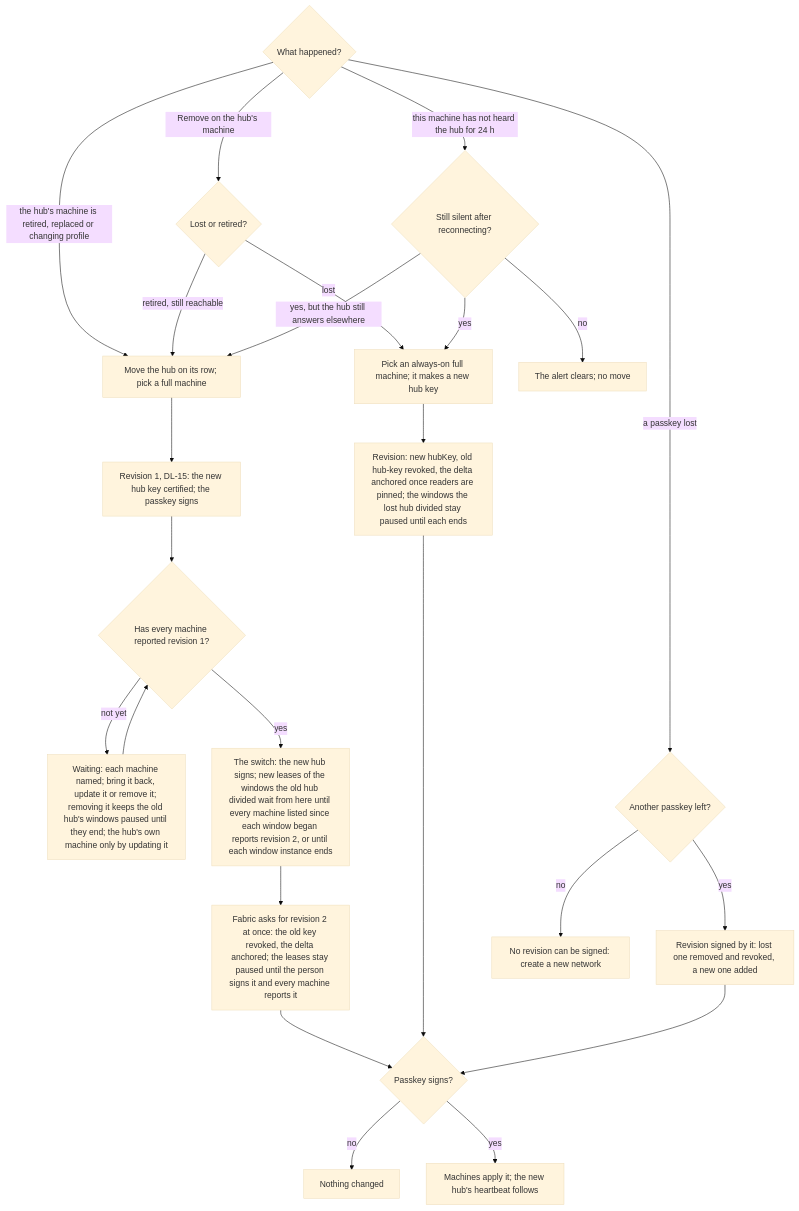
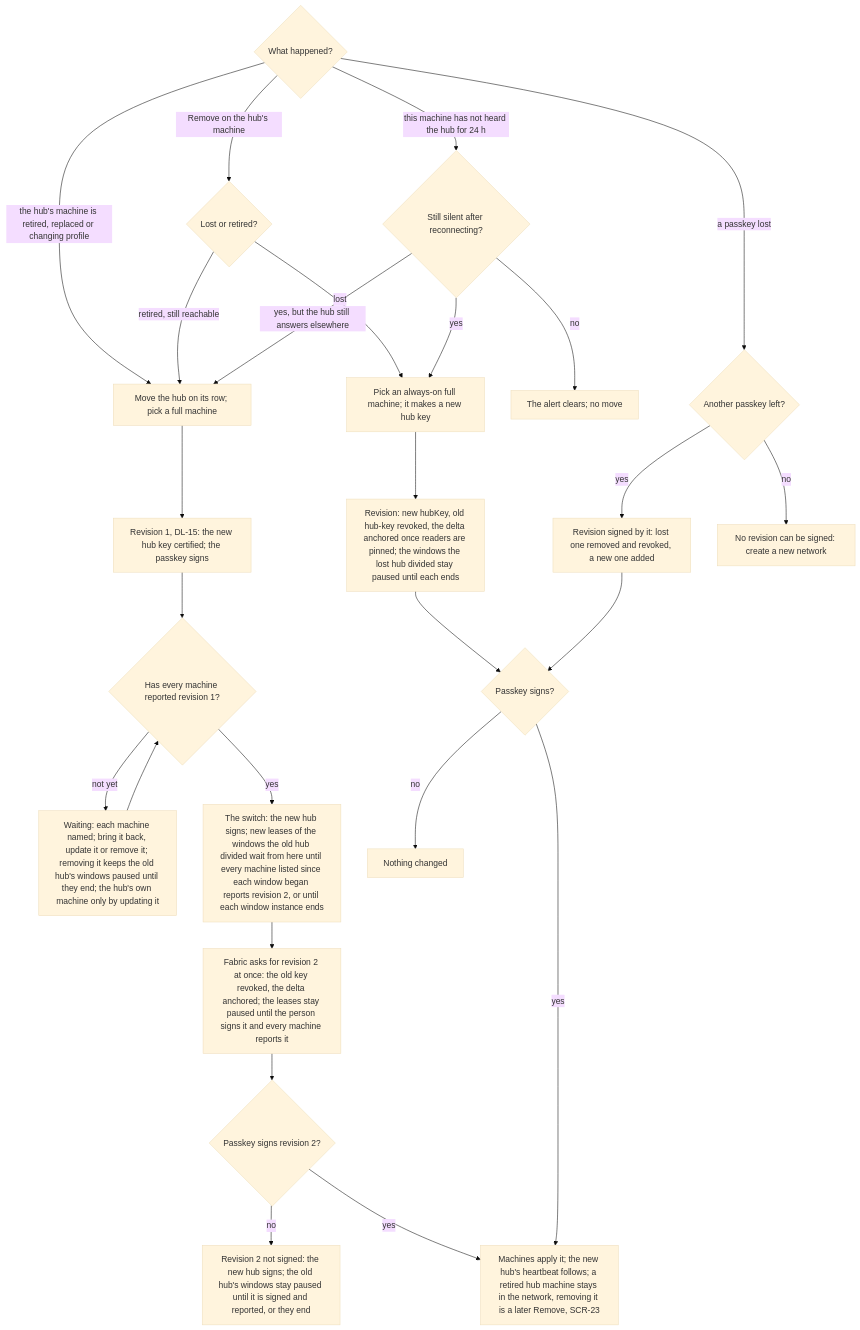
Diagram 27 of 34 in docs/ux/flows.md (passioncode-ai/fabric-agent-contract), drawn with Mermaid (base theme) before and after one commit. The commit also changed other lines of this file and 6 other files, not shown here.

````diff
--- a/docs/ux/flows.md
+++ b/docs/ux/flows.md
@@ -662,26 +662,28 @@
 ```mermaid
 flowchart TD
   A{What happened?} -->|the hub's machine is retired, replaced or changing profile| L[Move the hub on its row; pick a full machine]
   A -->|Remove on the hub's machine| K{Lost or retired?}
   K -->|retired, still reachable| L
   K -->|lost| M
   L --> T1[Revision 1, DL-15: the new hub key certified; the passkey signs]
   T1 --> W{Has every machine reported revision 1?}
   W -->|not yet| V[Waiting: each machine named; bring it back, update it or remove it; removing it keeps the old hub's windows paused until they end; the hub's own machine only by updating it]
   V --> W
   W -->|yes| T[The switch: the new hub signs; new leases of the windows the old hub divided wait from here until every machine listed since each window began reports revision 2, or until each window instance ends]
   T --> T2[Fabric asks for revision 2 at once: the old key revoked, the delta anchored; the leases stay paused until the person signs it and every machine reports it]
-  T2 --> S
+  T2 --> S2{Passkey signs revision 2?}
+  S2 -->|no| X2[Revision 2 not signed: the new hub signs; the old hub's windows stay paused until it is signed and reported, or they end]
+  S2 -->|yes| D
   A -->|this machine has not heard the hub for 24 h| C{Still silent after reconnecting?}
   C -->|no| Z[The alert clears; no move]
   C -->|yes, but the hub still answers elsewhere| L
   C -->|yes| M[Pick an always-on full machine; it makes a new hub key]
   M --> R[Revision: new hubKey, old hub-key revoked, the delta anchored once readers are pinned; the windows the lost hub divided stay paused until each ends]
   A -->|a passkey lost| P{Another passkey left?}
   P -->|yes| Q[Revision signed by it: lost one removed and revoked, a new one added]
   P -->|no| N[No revision can be signed: create a new network]
   R --> S{Passkey signs?}
   Q --> S
   S -->|no| X[Nothing changed]
-  S -->|yes| D[Machines apply it; the new hub's heartbeat follows]
+  S -->|yes| D[Machines apply it; the new hub's heartbeat follows; a retired hub machine stays in the network, removing it is a later Remove, SCR-23]
 ```
````
